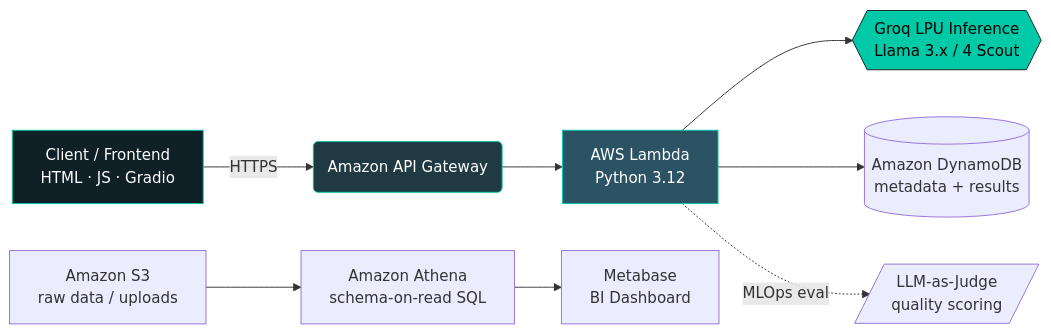
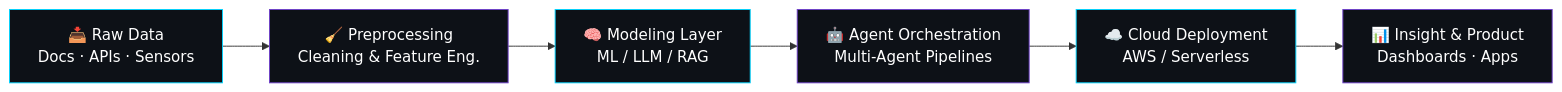
The diagram in README.md (Tanmay-Hadke/Tanmay-Hadke), drawn with Mermaid before and after one commit. The commit also changed other lines of this file, not shown here.

````diff
--- a/README.md
+++ b/README.md
@@ -44,15 +71,15 @@
 ```mermaid
 flowchart LR
-    A[Client / Frontend<br/>HTML · JS · Gradio] -->|HTTPS| B(Amazon API Gateway)
-    B --> C[AWS Lambda<br/>Python 3.12]
-    C --> D{{Groq LPU Inference<br/>Llama 3.x / 4 Scout}}
-    C --> E[(Amazon DynamoDB<br/>metadata + results)]
-    F[Amazon S3<br/>raw data / uploads] --> G[Amazon Athena<br/>schema-on-read SQL]
-    G --> H[Metabase<br/>BI Dashboard]
-    C -.->|MLOps eval| I[/LLM-as-Judge<br/>quality scoring/]
+    A["📥 Raw Data<br/>Docs · APIs · Sensors"] --> B["🧹 Preprocessing<br/>Cleaning & Feature Eng."]
+    B --> C["🧠 Modeling Layer<br/>ML / LLM / RAG"]
+    C --> D["🤖 Agent Orchestration<br/>Multi-Agent Pipelines"]
+    D --> E["☁️ Cloud Deployment<br/>AWS / Serverless"]
+    E --> F["📊 Insight & Product<br/>Dashboards · Apps"]
 
-    style A fill:#0F2027,stroke:#00C9A7,color:#fff
-    style C fill:#2C5364,stroke:#00C9A7,color:#fff
-    style D fill:#00C9A7,stroke:#0F2027,color:#000
-    style B fill:#203A43,stroke:#00C9A7,color:#fff
+    style A fill:#0d1117,stroke:#00d4ff,color:#fff
+    style B fill:#0d1117,stroke:#6e40c9,color:#fff
+    style C fill:#0d1117,stroke:#00d4ff,color:#fff
+    style D fill:#0d1117,stroke:#6e40c9,color:#fff
+    style E fill:#0d1117,stroke:#00d4ff,color:#fff
+    style F fill:#0d1117,stroke:#6e40c9,color:#fff
 ```
````
